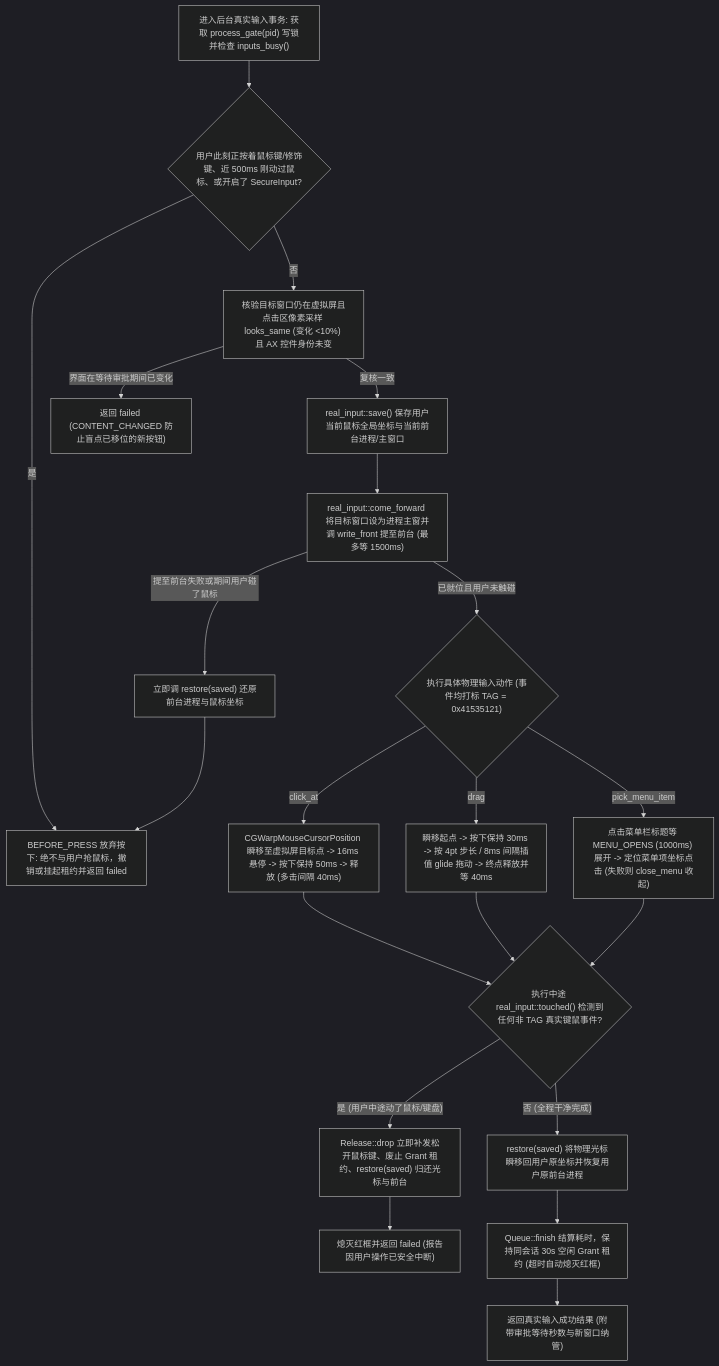
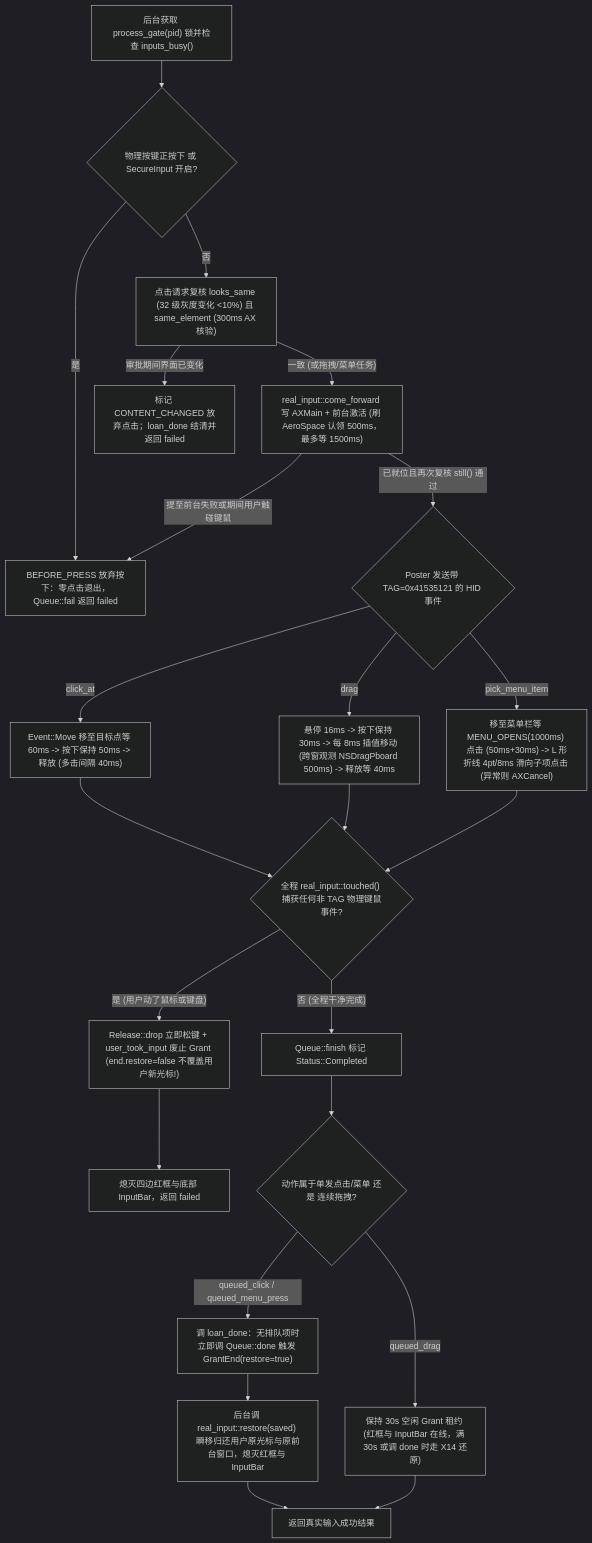
Before and after one commit to Fanzzzd/agent-screen: the second of 2 diagrams in docs/flows/06-input-queue-and-real-input.md, drawn with Mermaid (dark theme). The commit also changed other lines of this file and 16 other files, not shown here.

First line of the commit message:
docs(docs): audit flow maps row by row with source quotes

````diff
--- a/docs/flows/06-input-queue-and-real-input.md
+++ b/docs/flows/06-input-queue-and-real-input.md
@@ -58,23 +63,25 @@
 ```mermaid
 flowchart TD
-    X1["进入后台真实输入事务: 获取 process_gate(pid) 写锁并检查 inputs_busy()"] --> X2{"用户此刻正按着鼠标键/修饰键、近 500ms 刚动过鼠标、或开启了 SecureInput?"}
-    X2 -->|"是"| XX1["BEFORE_PRESS 放弃按下: 绝不与用户抢鼠标，撤销或挂起租约并返回 failed"]
-    X2 -->|"否"| X3["核验目标窗口仍在虚拟屏且点击区像素采样 looks_same (变化 <10%) 且 AX 控件身份未变"]
-    X3 -->|"界面在等待审批期间已变化"| XX2["返回 failed (CONTENT_CHANGED 防止盲点已移位的新按钮)"]
-    X3 -->|"复核一致"| X4["real_input::save() 保存用户当前鼠标全局坐标与当前前台进程/主窗口"]
-    X4 --> X5["real_input::come_forward 将目标窗口设为进程主窗并调 write_front 提至前台 (最多等 1500ms)"]
-    X5 -->|"提至前台失败或期间用户碰了鼠标"| X6["立即调 restore(saved) 还原前台进程与鼠标坐标"]
-    X6 --> XX1
-    X5 -->|"已就位且用户未触碰"| X7{"执行具体物理输入动作 (事件均打标 TAG = 0x41535121)"}
-    X7 -->|"click_at"| X8["CGWarpMouseCursorPosition 瞬移至虚拟屏目标点 -> 16ms 悬停 -> 按下保持 50ms -> 释放 (多击间隔 40ms)"]
-    X7 -->|"drag"| X9["瞬移起点 -> 按下保持 30ms -> 按 4pt 步长 / 8ms 间隔插值 glide 拖动 -> 终点释放并等 40ms"]
-    X7 -->|"pick_menu_item"| X10["点击菜单栏标题等 MENU_OPENS (1000ms) 展开 -> 定位菜单项坐标点击 (失败则 close_menu 收起)"]
-    X8 --> X11{"执行中途 real_input::touched() 检测到任何非 TAG 真实键鼠事件?"}
-    X9 --> X11
-    X10 --> X11
-    X11 -->|"是 (用户中途动了鼠标/键盘)"| X12["Release::drop 立即补发松开鼠标键、废止 Grant 租约、restore(saved) 归还光标与前台"]
-    X12 --> XX3["熄灭红框并返回 failed (报告因用户操作已安全中断)"]
-    X11 -->|"否 (全程干净完成)"| X13["restore(saved) 将物理光标瞬移回用户原坐标并恢复用户原前台进程"]
-    X13 --> X14["Queue::finish 结算耗时，保持同会话 30s 空闲 Grant 租约 (超时自动熄灭红框)"]
-    X14 --> XR1["返回真实输入成功结果 (附带审批等待秒数与新窗口纳管)"]
+    X1["后台获取 process_gate(pid) 锁并检查 inputs_busy()"] --> X2{"物理按键正按下 或 SecureInput 开启?"}
+    X2 -->|"是"| XX1["BEFORE_PRESS 放弃按下：零点击退出，Queue::fail 返回 failed"]
+    X2 -->|"否"| X3["点击请求复核 looks_same (32 级灰度变化 <10%) 且 same_element (300ms AX 核验)"]
+    X3 -->|"审批期间界面已变化"| XX2["标记 CONTENT_CHANGED 放弃点击；loan_done 结清并返回 failed"]
+    X3 -->|"一致 (或拖拽/菜单任务)"| X4["real_input::come_forward 写 AXMain + 前台激活 (刷 AeroSpace 认领 500ms，最多等 1500ms)"]
+    X4 -->|"提至前台失败或期间用户触碰键鼠"| XX1
+    X4 -->|"已就位且再次复核 still() 通过"| X5{"Poster 发送带 TAG=0x41535121 的 HID 事件"}
+    X5 -->|"click_at"| X6["Event::Move 移至目标点等 60ms -> 按下保持 50ms -> 释放 (多击间隔 40ms)"]
+    X5 -->|"drag"| X7["悬停 16ms -> 按下保持 30ms -> 每 8ms 插值移动 (跨窗观测 NSDragPboard 500ms) -> 释放等 40ms"]
+    X5 -->|"pick_menu_item"| X8["移至菜单栏等 MENU_OPENS(1000ms) 点击 (50ms+30ms) -> L 形折线 4pt/8ms 滑向子项点击 (异常则 AXCancel)"]
+    X6 --> X9{"全程 real_input::touched() 捕获任何非 TAG 物理键鼠事件?"}
+    X7 --> X9
+    X8 --> X9
+    X9 -->|"是 (用户动了鼠标或键盘)"| X10["Release::drop 立即松键 + user_took_input 废止 Grant (end.restore=false 不覆盖用户新光标!)"]
+    X10 --> XX3["熄灭四边红框与底部 InputBar，返回 failed"]
+    X9 -->|"否 (全程干净完成)"| X11["Queue::finish 标记 Status::Completed"]
+    X11 --> X12{"动作属于单发点击/菜单 还是 连续拖拽?"}
+    X12 -->|"queued_click / queued_menu_press"| X13["调 loan_done：无排队项时立即调 Queue::done 触发 GrantEnd(restore=true)"]
+    X13 --> X14["后台调 real_input::restore(saved) 瞬移归还用户原光标与原前台窗口，熄灭红框与 InputBar"]
+    X12 -->|"queued_drag"| X15["保持 30s 空闲 Grant 租约 (红框与 InputBar 在线，满 30s 或调 done 时走 X14 还原)"]
+    X14 --> XR1["返回真实输入成功结果"]
+    X15 --> XR1
 ```
````
